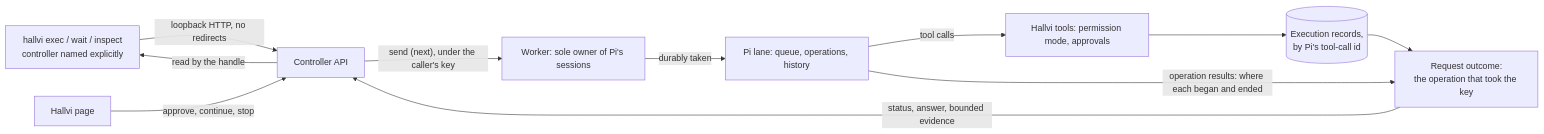
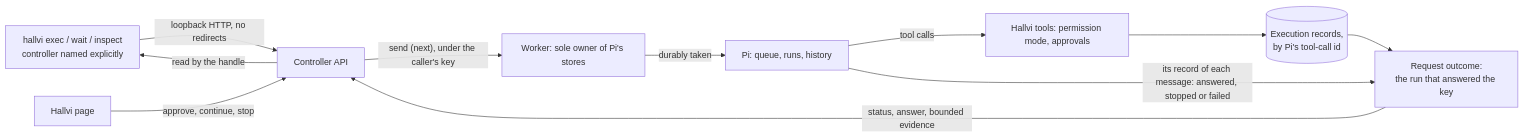
Before and after one commit to lustoykov/hallvi: the diagram in docs/cli.md, drawn with Mermaid. The commit also changed other lines of this file and 11 other files, not shown here.

````diff
--- a/docs/cli.md
+++ b/docs/cli.md
@@ -270,13 +271,13 @@
 ```mermaid
 flowchart LR
     CLI["hallvi exec / wait / inspect<br/>controller named explicitly"] -->|loopback HTTP, no redirects| API[Controller API]
-    API -->|"send (next), under the caller's key"| Worker[Worker: sole owner of Pi's sessions]
-    Worker -->|durably taken| Lane[Pi lane: queue, operations, history]
-    Lane -->|tool calls| Tools[Hallvi tools: permission mode, approvals]
+    API -->|"send (next), under the caller's key"| Worker[Worker: sole owner of Pi's stores]
+    Worker -->|durably taken| Pi[Pi: queue, runs, history]
+    Pi -->|tool calls| Tools[Hallvi tools: permission mode, approvals]
     Tools --> Evidence[(Execution records,<br/>by Pi's tool-call id)]
-    Lane -->|"operation results: where each began and ended"| Projection[Request outcome:<br/>the operation that took the key]
+    Pi -->|"its record of each message: answered, stopped or failed"| Projection[Request outcome:<br/>the run that answered the key]
     Evidence --> Projection
     Projection -->|"status, answer, bounded evidence"| API
     API -->|read by the handle| CLI
     Page[Hallvi page] -->|approve, continue, stop| API
 ```
````
